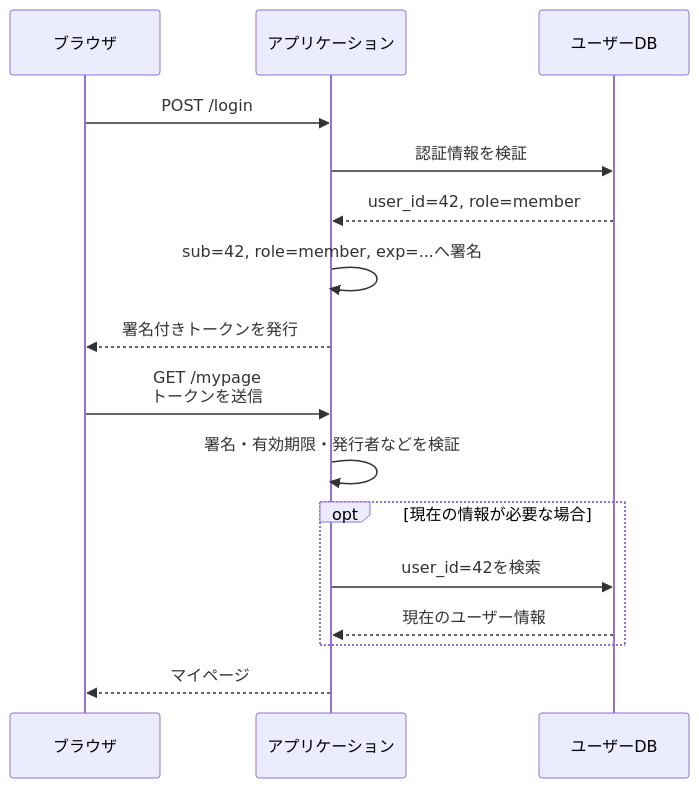
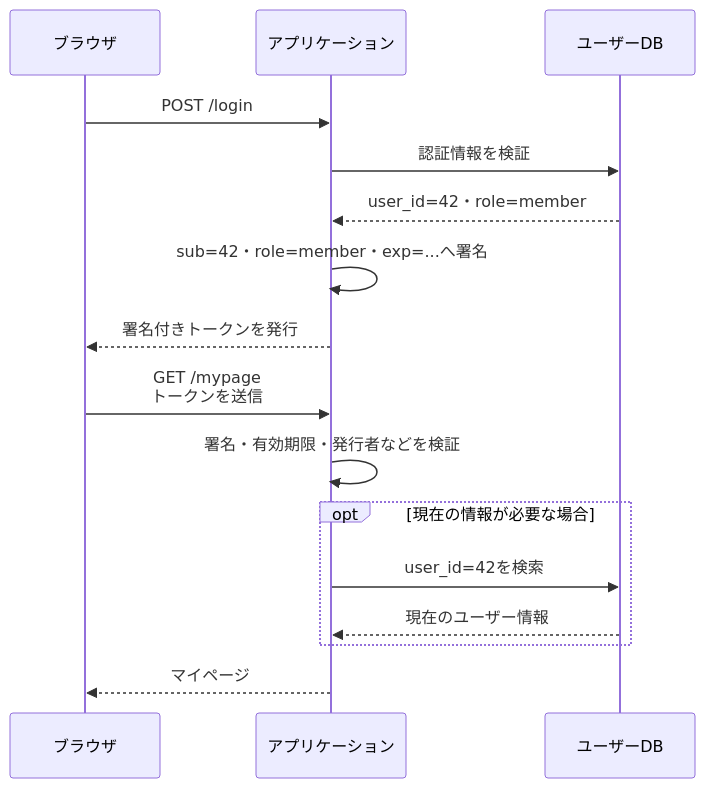
One commit to mgmaru/go-http-security-lab changed the fifth of 13 diagrams in docs/reference/cookie-session-domain-samesite-and-partitioning.md. Above: the diagram before and after it, drawn with Mermaid. The commit also changed other lines of this file, not shown here.

Commit message:
docs: Cookie資料のMermaid図を修正

````diff
--- a/docs/reference/cookie-session-domain-samesite-and-partitioning.md
+++ b/docs/reference/cookie-session-domain-samesite-and-partitioning.md
@@ -230,20 +230,20 @@
 ```mermaid
 sequenceDiagram
     participant B as ブラウザ
     participant A as アプリケーション
     participant D as ユーザーDB
 
     B->>A: POST /login
     A->>D: 認証情報を検証
-    D-->>A: user_id=42, role=member
-    A->>A: sub=42, role=member, exp=...へ署名
+    D-->>A: user_id=42・role=member
+    A->>A: sub=42・role=member・exp=...へ署名
     A-->>B: 署名付きトークンを発行
 
     B->>A: GET /mypage<br/>トークンを送信
     A->>A: 署名・有効期限・発行者などを検証
     opt 現在の情報が必要な場合
         A->>D: user_id=42を検索
         D-->>A: 現在のユーザー情報
     end
     A-->>B: マイページ
 ```
````
